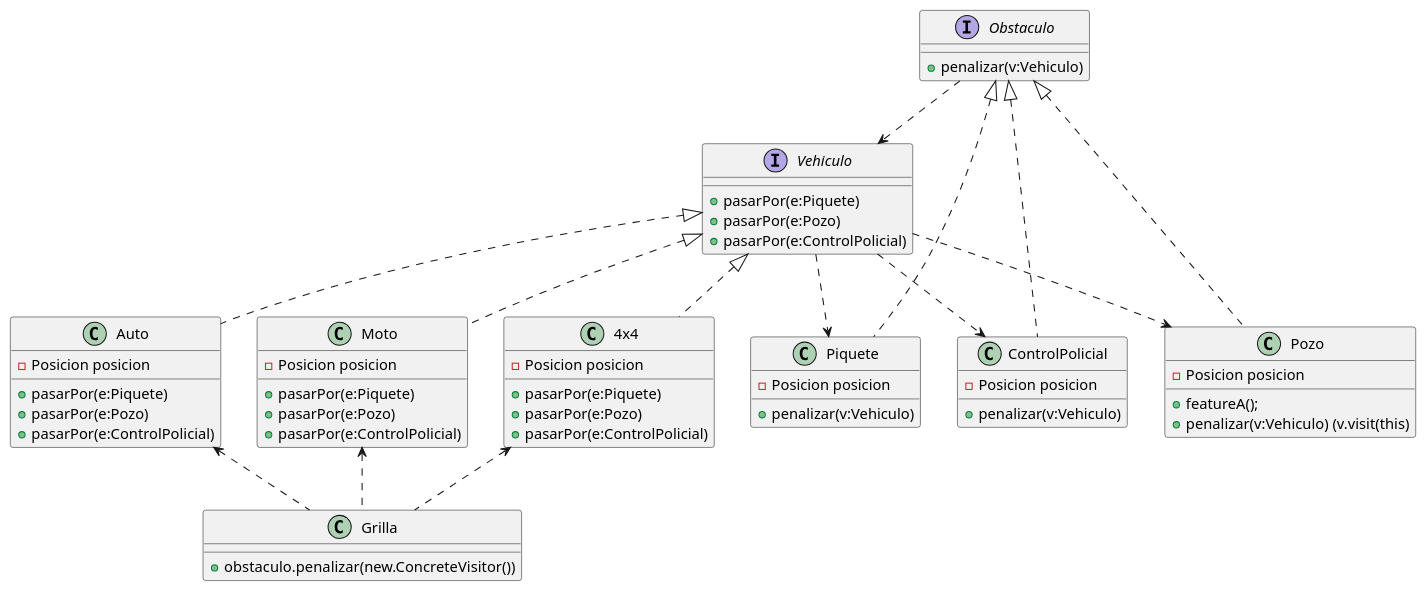
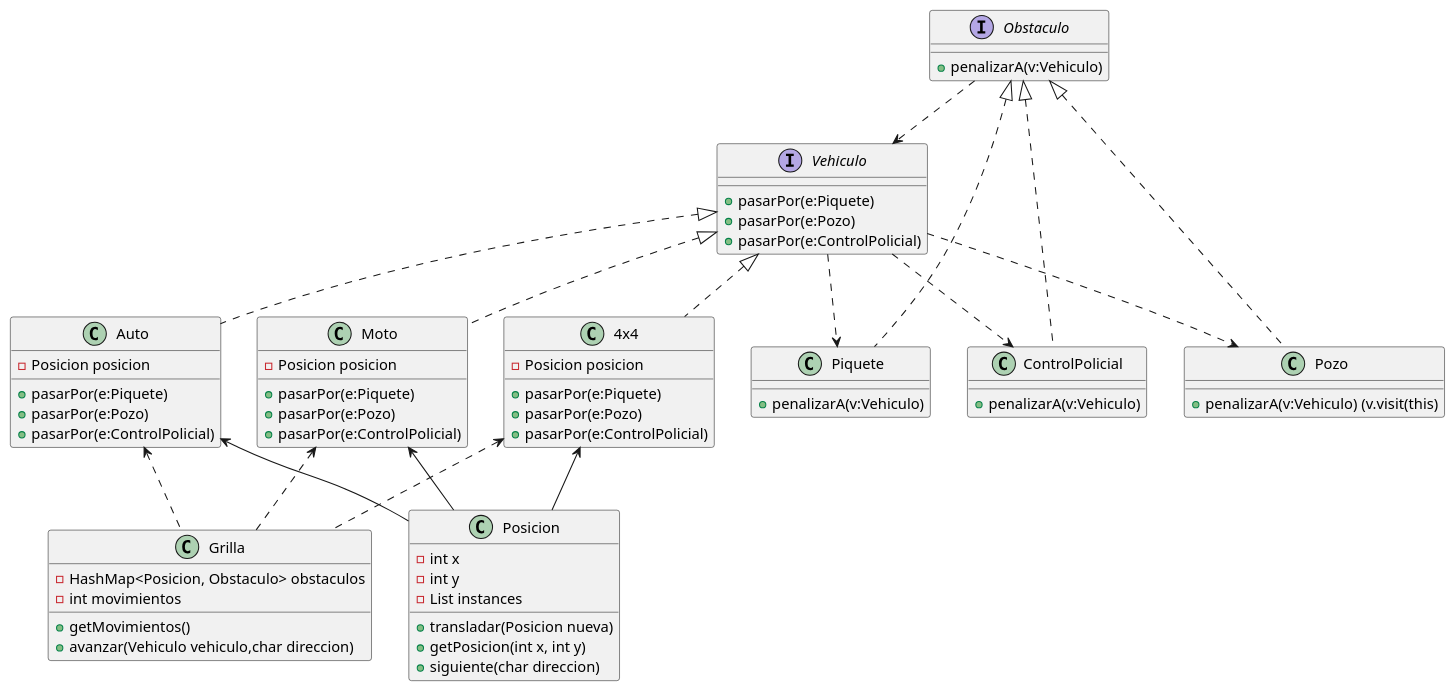
One commit to Dolo-pavon01/gpsChallenge changed the diagram in diagrams/classes/propuesta cami/VisitorAplicado.puml. Above: the diagram before and after it, drawn with PlantUML. The commit also changed 1 other file, not shown here.

```diff
--- a/diagrams/classes/propuesta cami/VisitorAplicado.puml
+++ b/diagrams/classes/propuesta cami/VisitorAplicado.puml
@@ -1,79 +1,90 @@
 @startuml
 'https://plantuml.com/class-diagram
 
 interface Vehiculo
 {
 +pasarPor(e:Piquete)
 +pasarPor(e:Pozo)
 +pasarPor(e:ControlPolicial)
 }
 class Auto
 {
 - Posicion posicion
 +pasarPor(e:Piquete)
 +pasarPor(e:Pozo)
 +pasarPor(e:ControlPolicial)
 }
 class Moto
 {
 - Posicion posicion
 +pasarPor(e:Piquete)
 +pasarPor(e:Pozo)
 +pasarPor(e:ControlPolicial)
 }
 class 4x4
 {
 - Posicion posicion
 +pasarPor(e:Piquete)
 +pasarPor(e:Pozo)
 +pasarPor(e:ControlPolicial)
 }
 class Grilla
 {
-+obstaculo.penalizar(new.ConcreteVisitor())
+    -HashMap<Posicion, Obstaculo> obstaculos
+    -int movimientos
+    +getMovimientos()
+    +avanzar(Vehiculo vehiculo,char direccion)
 }
 
-
+class Posicion
+{
+- int x
+- int y
+- List instances
++ transladar(Posicion nueva)
++   getPosicion(int x, int y)
++ siguiente(char direccion)
+}
 interface Obstaculo
 {
-+penalizar(v:Vehiculo)
+    +penalizarA(v:Vehiculo)
 }
 class Piquete
 {
--Posicion posicion
-+penalizar(v:Vehiculo)
++penalizarA(v:Vehiculo)
 }
 class ControlPolicial
 {
--Posicion posicion
-+penalizar(v:Vehiculo)
++penalizarA(v:Vehiculo)
 }
 class Pozo
 {
--Posicion posicion
-+featureA();
-+penalizar(v:Vehiculo) (v.visit(this)
+
++penalizarA(v:Vehiculo) (v.visit(this)
 }
 
 Obstaculo <|.. Pozo
 Obstaculo <|.. ControlPolicial
 Obstaculo <|.. Piquete
 
 Vehiculo <|.. Auto
 Vehiculo <|.. Moto
 Vehiculo <|.. 4x4
 Obstaculo ..> Vehiculo
 Vehiculo ..> Pozo
 Vehiculo ..> Piquete
 Vehiculo ..> ControlPolicial
 
 Moto <.. Grilla
 Auto <.. Grilla
 4x4 <.. Grilla
 
+Auto <-- Posicion
+Moto <-- Posicion
+4x4 <-- Posicion
 
 
 
 
 
 @enduml
```
